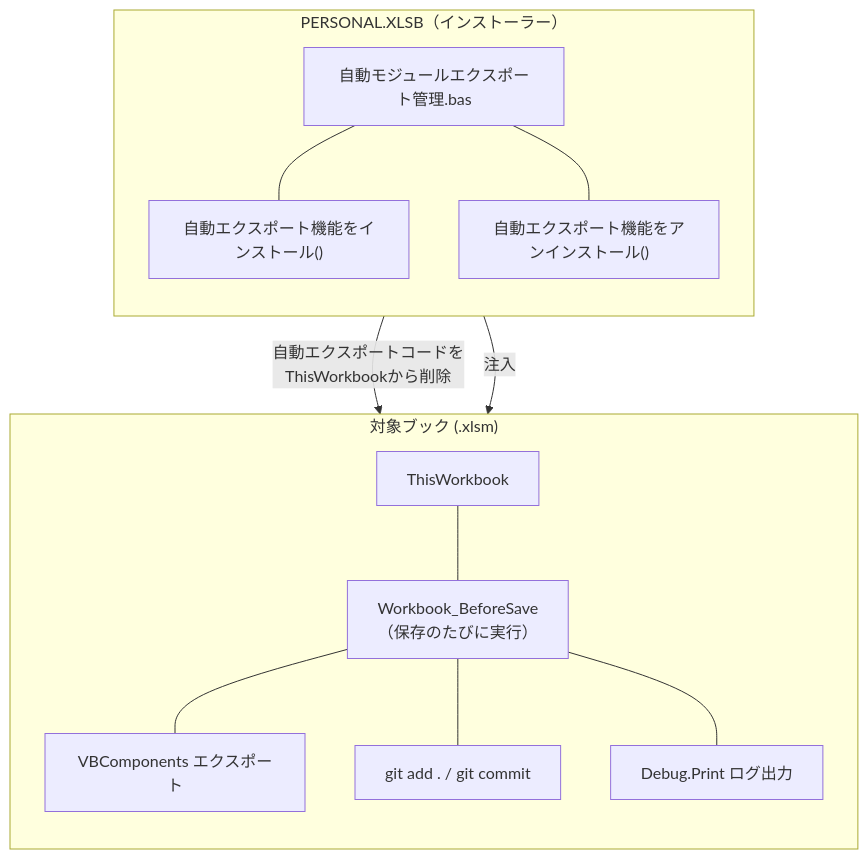
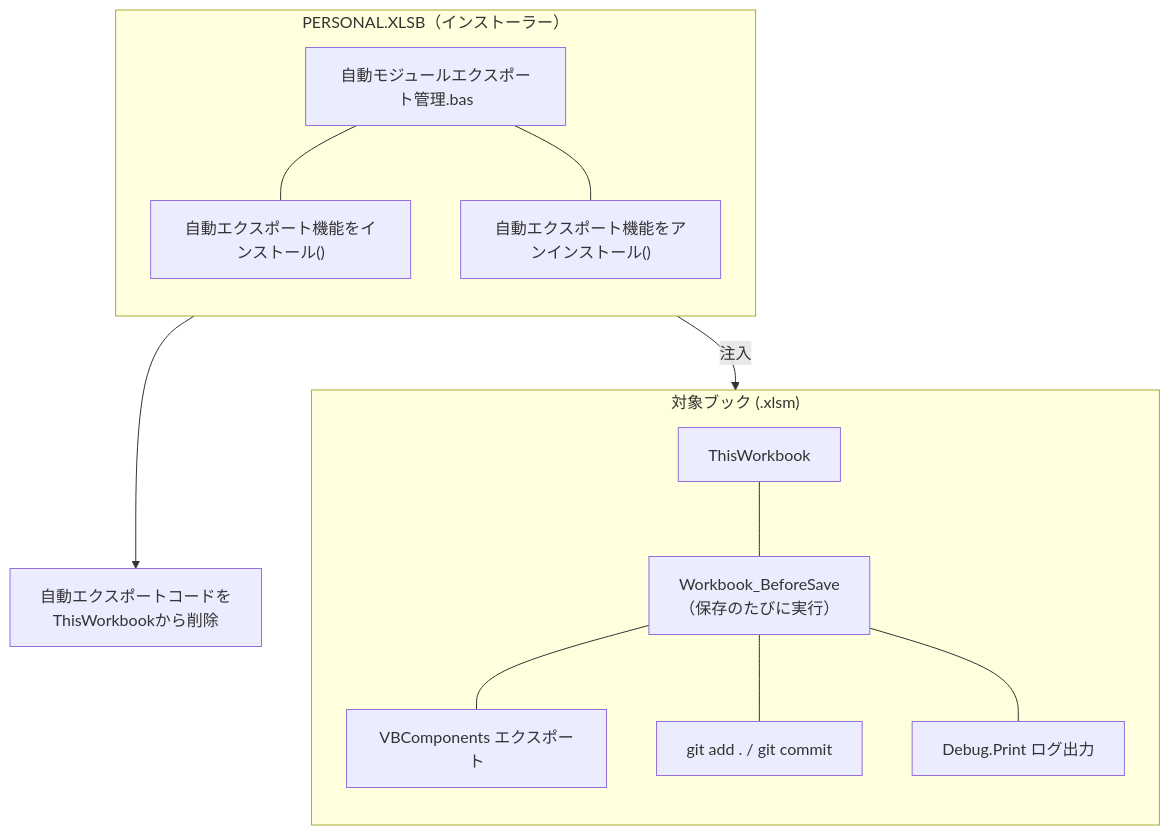
The diagram in 04_vba_git_automation.md (aki0178/business-system-design-portfolio), drawn with Mermaid before and after one commit. The commit also changed other lines of this file, not shown here.

````diff
--- a/04_vba_git_automation.md
+++ b/04_vba_git_automation.md
@@ -43,27 +43,29 @@
 ```mermaid
 flowchart TD
     subgraph P["PERSONAL.XLSB（インストーラー）"]
         direction TB
         P1["自動モジュールエクスポート管理.bas"]
         P2["自動エクスポート機能をインストール()"]
         P3["自動エクスポート機能をアンインストール()"]
         P1 --- P2
         P1 --- P3
     end
 
     subgraph T["対象ブック (.xlsm)"]
         direction TB
         T1["ThisWorkbook"]
         T2["Workbook_BeforeSave<br/>（保存のたびに実行）"]
         T3["VBComponents エクスポート"]
         T4["git add . / git commit"]
         T5["Debug.Print ログ出力"]
         T1 --- T2
         T2 --- T3
         T2 --- T4
         T2 --- T5
     end
 
+    D["自動エクスポートコードを<br/>ThisWorkbookから削除"]
+
     P2 -->|"注入"| T
-    P3 -->|"自動エクスポートコードを<br/>ThisWorkbookから削除"| T1
+    P3 --> D
 ```
````
